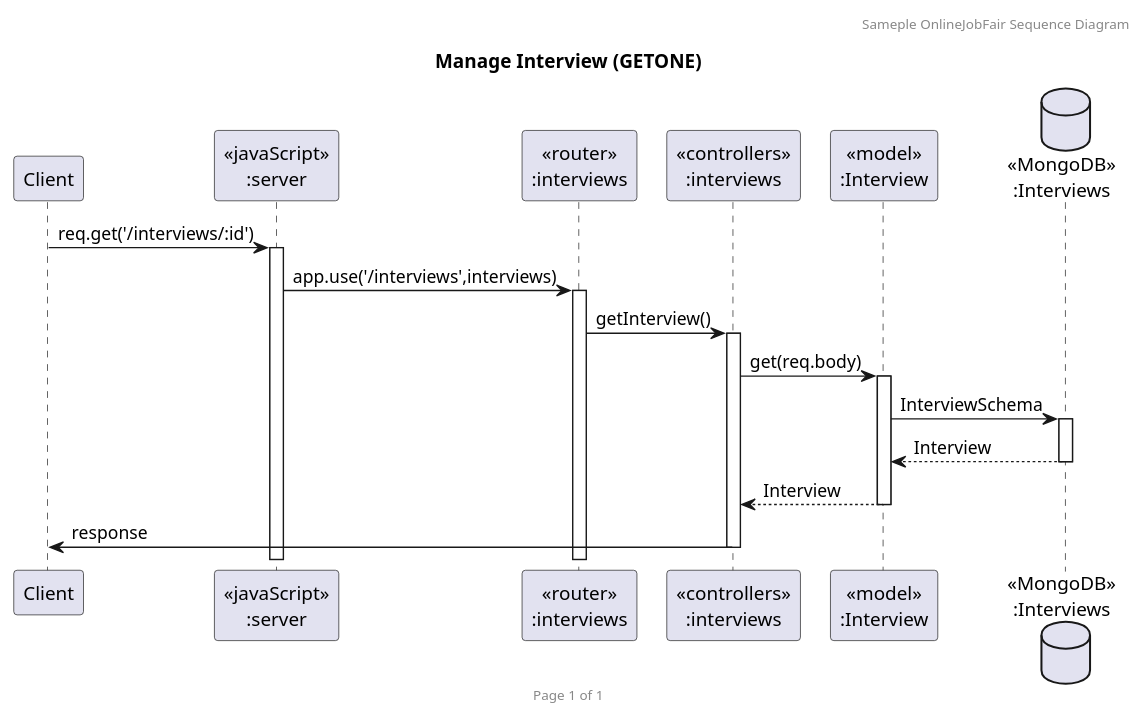
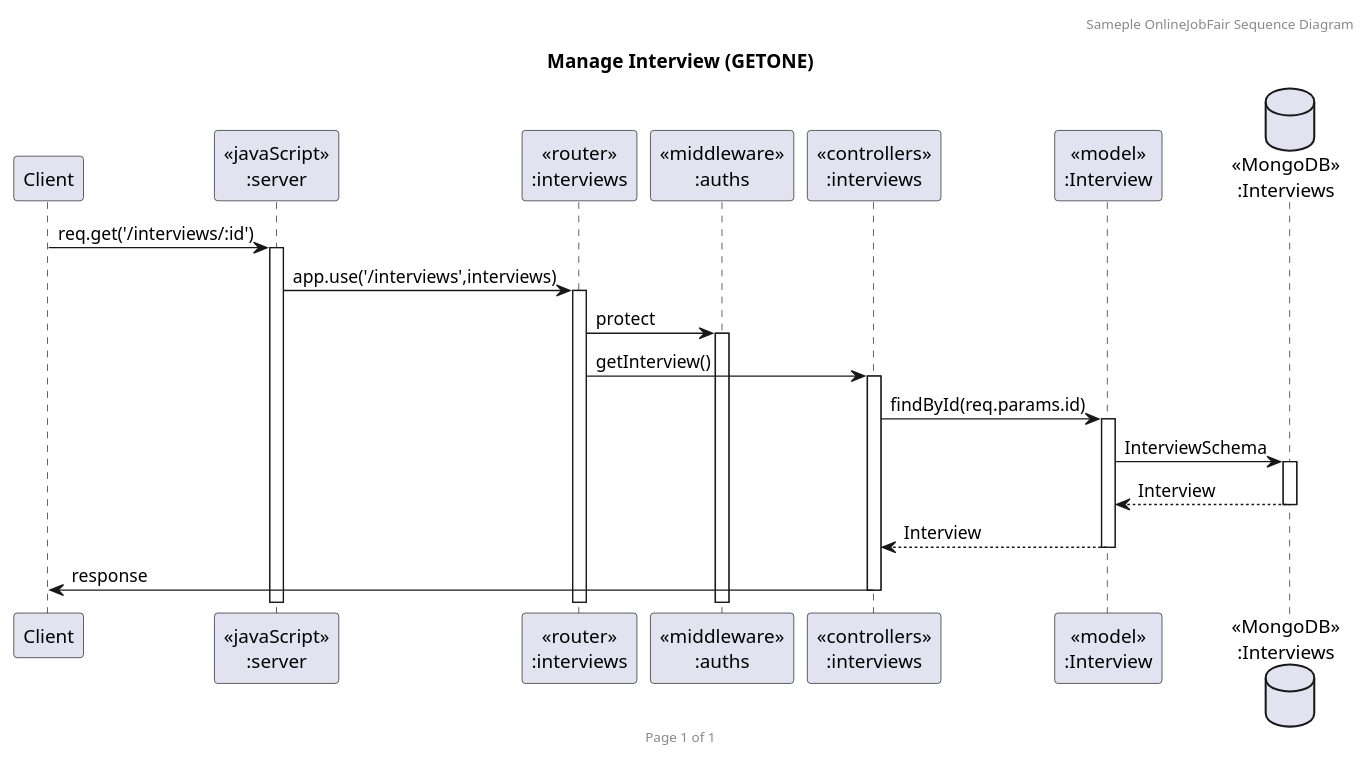
One commit to 2110503TACEDT66/presentation-day-1-madumeawteehongraomai changed the diagram in plantuml/getinter.puml. Above: the diagram before and after it, drawn with PlantUML. The commit also changed 29 other files, not shown here.

```diff
--- a/plantuml/getinter.puml
+++ b/plantuml/getinter.puml
@@ -1,23 +1,25 @@
 @startuml Manage Interview (GET)
 
 header Sameple OnlineJobFair Sequence Diagram
 footer Page %page% of %lastpage%
 title "Manage Interview (GETONE)"
 
 participant "Client" as client
 participant "<<javaScript>>\n:server" as server
 participant "<<router>>\n:interviews" as routerInterviews
+participant "<<middleware>>\n:auths" as auth
 participant "<<controllers>>\n:interviews" as controllersInterviews
 participant "<<model>>\n:Interview" as modelInterview
 database "<<MongoDB>>\n:Interviews" as InterviewsDatabase
 
 client->server ++:req.get('/interviews/:id')
 server->routerInterviews ++:app.use('/interviews',interviews)
+routerInterviews-> auth ++:protect
 routerInterviews -> controllersInterviews ++:getInterview()
-controllersInterviews->modelInterview ++:get(req.body)
+controllersInterviews->modelInterview ++:findById(req.params.id)
 modelInterview ->InterviewsDatabase ++: InterviewSchema
 InterviewsDatabase --> modelInterview --: Interview
 controllersInterviews <-- modelInterview --:Interview
 controllersInterviews->client --:response
 
 @enduml
```
